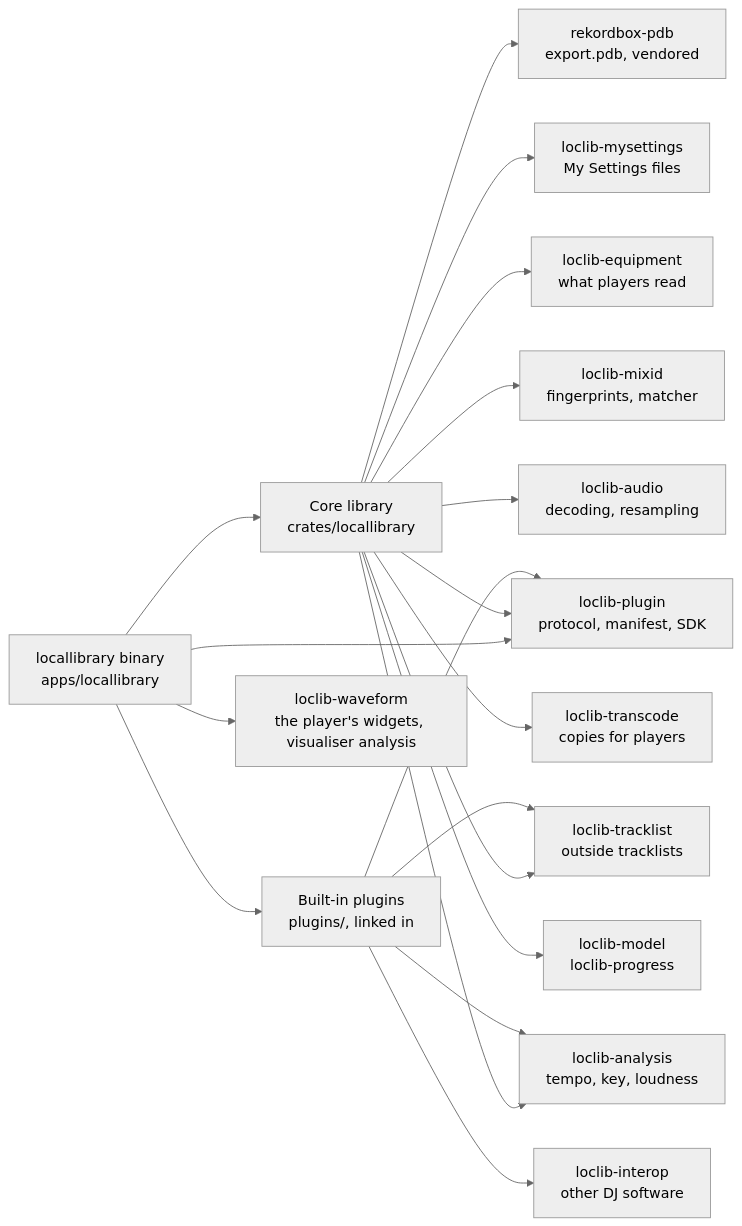
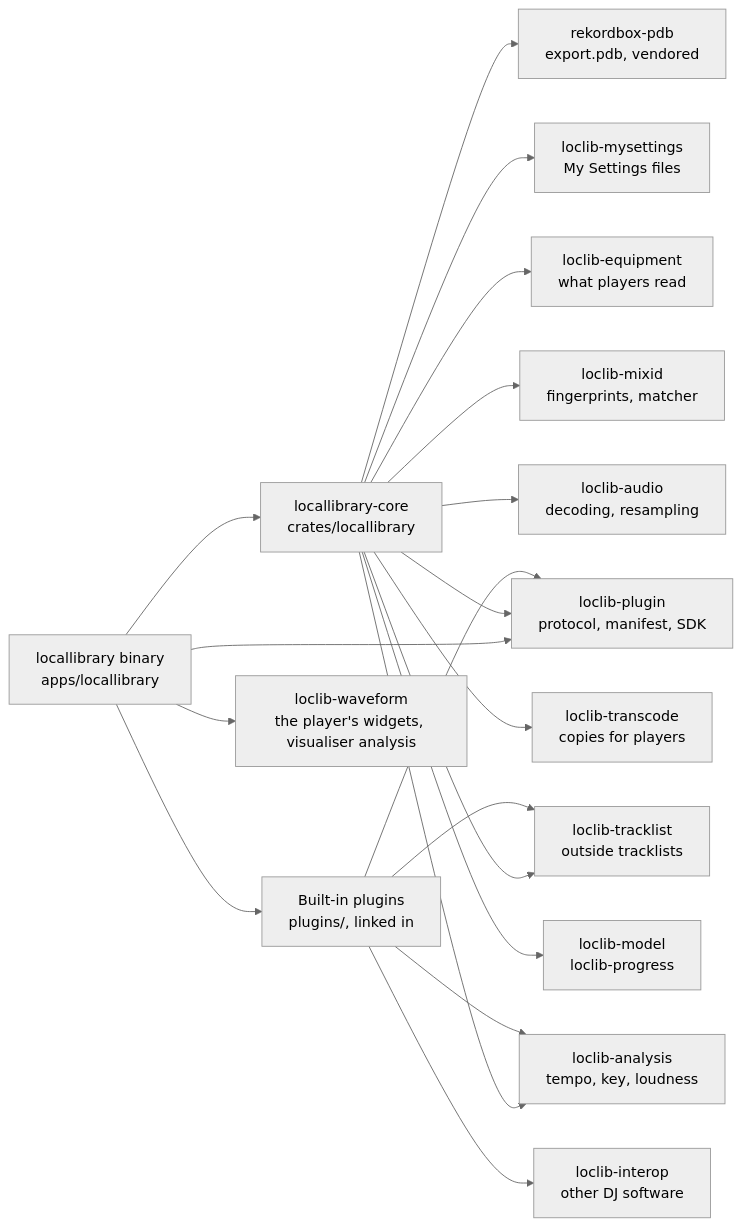
Before and after one commit to cutenode/localnetwork: the second of 11 diagrams in apps/locallibrary/README.md, drawn with Mermaid (neutral theme). The commit also changed other lines of this file and 32 other files, not shown here.

````diff
--- a/apps/locallibrary/README.md
+++ b/apps/locallibrary/README.md
@@ -279,21 +279,21 @@
 ```mermaid
 flowchart LR
-    bin["locallibrary binary<br/>apps/locallibrary"] --> core["Core library<br/>crates/locallibrary"]
+    bin["locallibrary binary<br/>apps/locallibrary"] --> core["locallibrary-core<br/>crates/locallibrary"]
     bin --> plugins["Built-in plugins<br/>plugins/, linked in"]
     bin --> wave["loclib-waveform<br/>the player's widgets, visualiser analysis"]
     bin --> sdk["loclib-plugin<br/>protocol, manifest, SDK"]
     core --> sdk
     core --> pdb["rekordbox-pdb<br/>export.pdb, vendored"]
     core --> set["loclib-mysettings<br/>My Settings files"]
     core --> equip["loclib-equipment<br/>what players read"]
     core --> track["loclib-tracklist<br/>outside tracklists"]
     core --> mixid["loclib-mixid<br/>fingerprints, matcher"]
     core --> audio["loclib-audio<br/>decoding, resampling"]
     core --> sound["loclib-analysis<br/>tempo, key, loudness"]
     core --> trans["loclib-transcode<br/>copies for players"]
     core --> model["loclib-model<br/>loclib-progress"]
     plugins --> sdk
     plugins --> interop["loclib-interop<br/>other DJ software"]
     plugins --> sound
     plugins --> track
 ```
````
